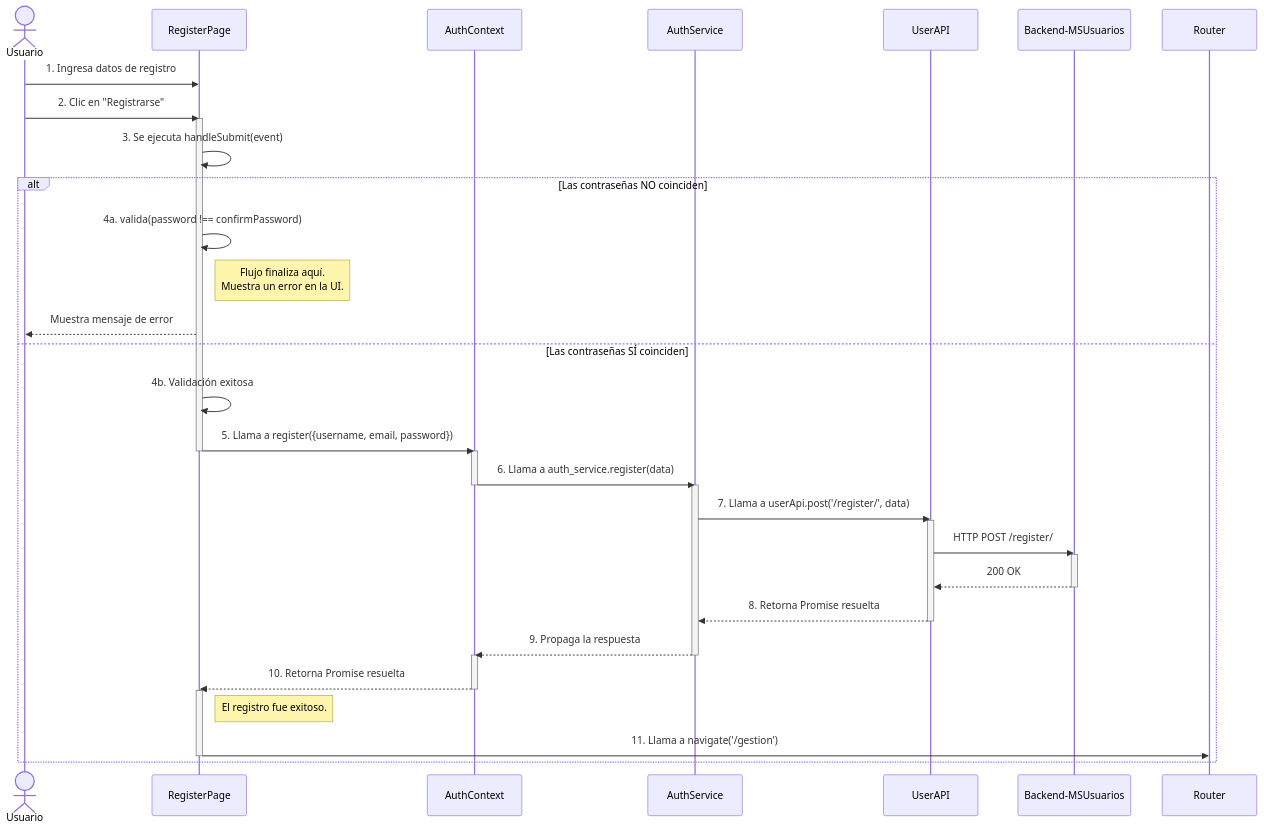
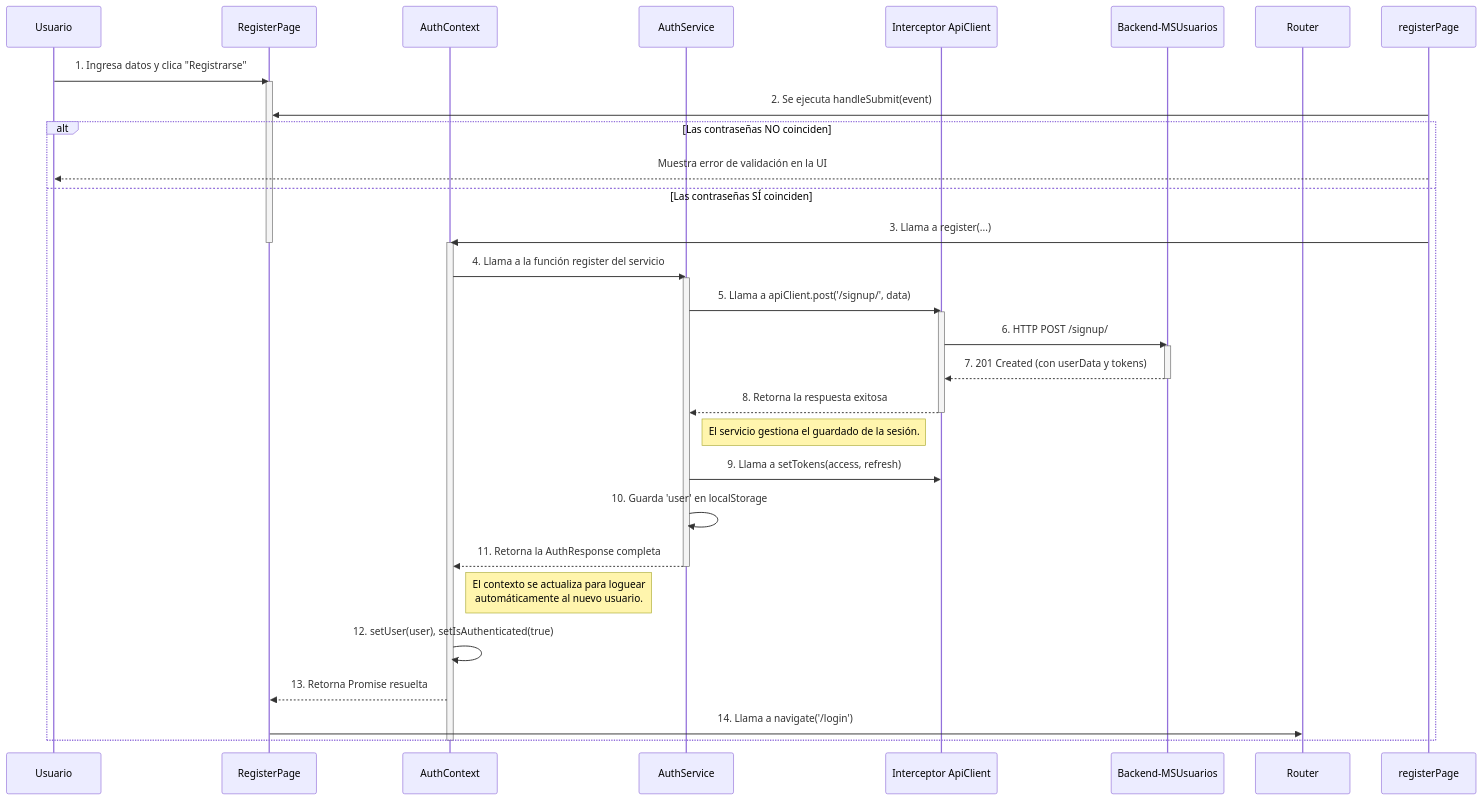
One commit to ivanPeceto/Sistema-ERP-Como-en-Casa changed the diagram in graficos/Obsidian Vault/Frontend/Flujo Datos Register.md. Above: the diagram before and after it, drawn with Mermaid. The commit also changed 11 other files, not shown here.

````diff
--- a/graficos/Obsidian Vault/Frontend/Flujo Datos Register.md
+++ b/graficos/Obsidian Vault/Frontend/Flujo Datos Register.md
@@ -1,52 +1,50 @@
 ```mermaid
 sequenceDiagram
-    actor Usuario
-    participant registerPage as RegisterPage
-    participant authContext as AuthContext
-    participant authService as AuthService
-    participant userApi as UserAPI
+    participant Usuario
+    participant RegisterPage
+    participant AuthContext
+    participant AuthService
+    participant ApiClient as Interceptor ApiClient
     participant Backend as Backend-MSUsuarios
-    participant router as Router
+    participant Router
 
-    Usuario->>registerPage: 1. Ingresa datos de registro
-    Usuario->>registerPage: 2. Clic en "Registrarse"
-    activate registerPage
+    Usuario->>RegisterPage: 1. Ingresa datos y clica "Registrarse"
+    activate RegisterPage
 
-    registerPage->>registerPage: 3. Se ejecuta handleSubmit(event)
+    registerPage->>RegisterPage: 2. Se ejecuta handleSubmit(event)
 
     alt Las contraseñas NO coinciden
-        registerPage->>registerPage: 4a. valida(password !== confirmPassword)
-        Note right of registerPage: Flujo finaliza aquí.<br/>Muestra un error en la UI.
-        registerPage-->>Usuario: Muestra mensaje de error
+        registerPage-->>Usuario: Muestra error de validación en la UI
     else Las contraseñas SÍ coinciden
-        registerPage->>registerPage: 4b. Validación exitosa
-        registerPage->>authContext: 5. Llama a register({username, email, password})
-        deactivate registerPage
-        
-        activate authContext
-        authContext->>authService: 6. Llama a auth_service.register(data)
-        deactivate authContext
-        
-        activate authService
-        authService->>userApi: 7. Llama a userApi.post('/register/', data)
-        activate userApi
-        userApi->>Backend: HTTP POST /register/
+        registerPage->>AuthContext: 3. Llama a register(...)
+        deactivate RegisterPage
+        activate AuthContext
+
+        AuthContext->>AuthService: 4. Llama a la función register del servicio
+        activate AuthService
+
+        AuthService->>ApiClient: 5. Llama a apiClient.post('/signup/', data)
+        activate ApiClient
+        ApiClient->>Backend: 6. HTTP POST /signup/
         activate Backend
-        Backend-->>userApi: 200 OK
+        Backend-->>ApiClient: 7. 201 Created (con userData y tokens)
         deactivate Backend
-        userApi-->>authService: 8. Retorna Promise resuelta
-        deactivate userApi
-        
-        authService-->>authContext: 9. Propaga la respuesta
-        deactivate authService
-        
-        activate authContext
-        authContext-->>registerPage: 10. Retorna Promise resuelta
-        deactivate authContext
-        
-        activate registerPage
-        Note right of registerPage: El registro fue exitoso.
-        registerPage->>router: 11. Llama a navigate('/gestion')
-        deactivate registerPage
+        ApiClient-->>AuthService: 8. Retorna la respuesta exitosa
+        deactivate ApiClient
+
+        Note right of AuthService: El servicio gestiona el guardado de la sesión.
+        AuthService->>ApiClient: 9. Llama a setTokens(access, refresh)
+        AuthService->>AuthService: 10. Guarda 'user' en localStorage
+
+        AuthService-->>AuthContext: 11. Retorna la AuthResponse completa
+        deactivate AuthService
+
+        Note right of AuthContext: El contexto se actualiza para loguear<br/>automáticamente al nuevo usuario.
+        AuthContext->>AuthContext: 12. setUser(user), setIsAuthenticated(true)
+
+        AuthContext-->>RegisterPage: 13. Retorna Promise resuelta
+
+        RegisterPage->>Router: 14. Llama a navigate('/login')
     end
+    deactivate AuthContext
 ```
````
